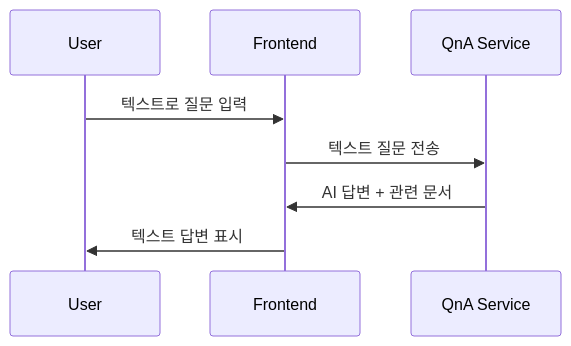
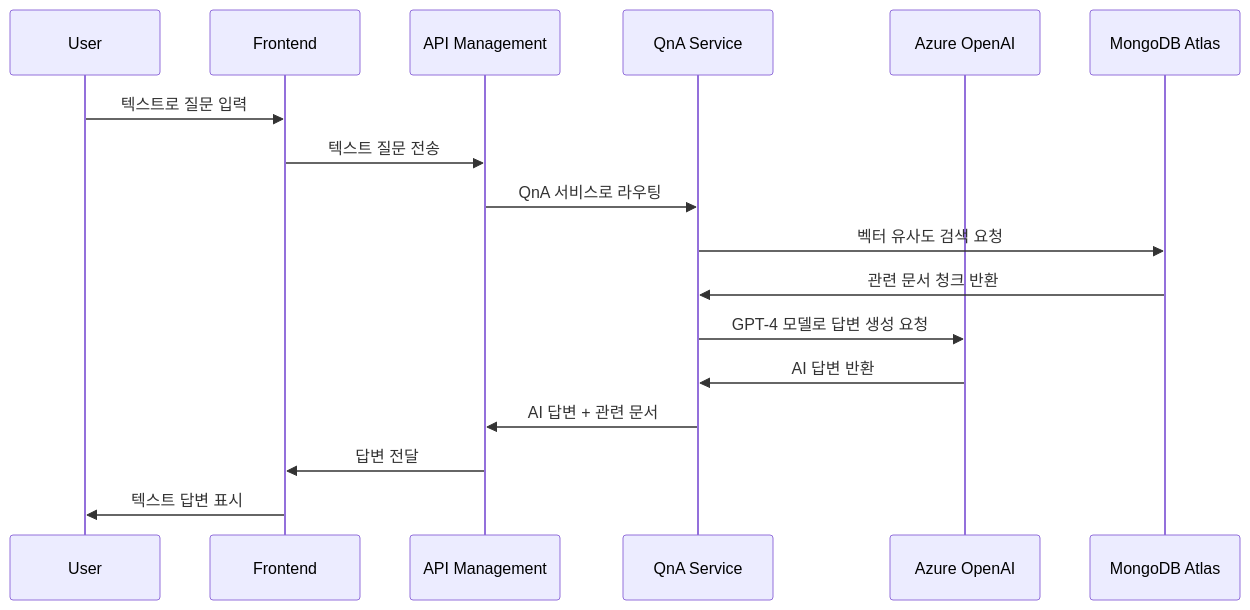
One commit to hadonas/kt_aicc_hub changed the second of 3 diagrams in README.md. Above: the diagram before and after it, drawn with Mermaid. The commit also changed other lines of this file, not shown here.

Commit message:
docs: README 개선 - API Management 추가, 플로우 상세화, 순서 정리

````diff
--- a/README.md
+++ b/README.md
@@ -108,11 +116,20 @@
 ```mermaid
 sequenceDiagram
     participant U as User
     participant F as Frontend
+    participant APIM as API Management
     participant QnA as QnA Service
+    participant AO as Azure OpenAI
+    participant M as MongoDB Atlas
     
     U->>F: 텍스트로 질문 입력
-    F->>QnA: 텍스트 질문 전송
-    QnA->>F: AI 답변 + 관련 문서
+    F->>APIM: 텍스트 질문 전송
+    APIM->>QnA: QnA 서비스로 라우팅
+    QnA->>M: 벡터 유사도 검색 요청
+    M->>QnA: 관련 문서 청크 반환
+    QnA->>AO: GPT-4 모델로 답변 생성 요청
+    AO->>QnA: AI 답변 반환
+    QnA->>APIM: AI 답변 + 관련 문서
+    APIM->>F: 답변 전달
     F->>U: 텍스트 답변 표시
 ```
````
